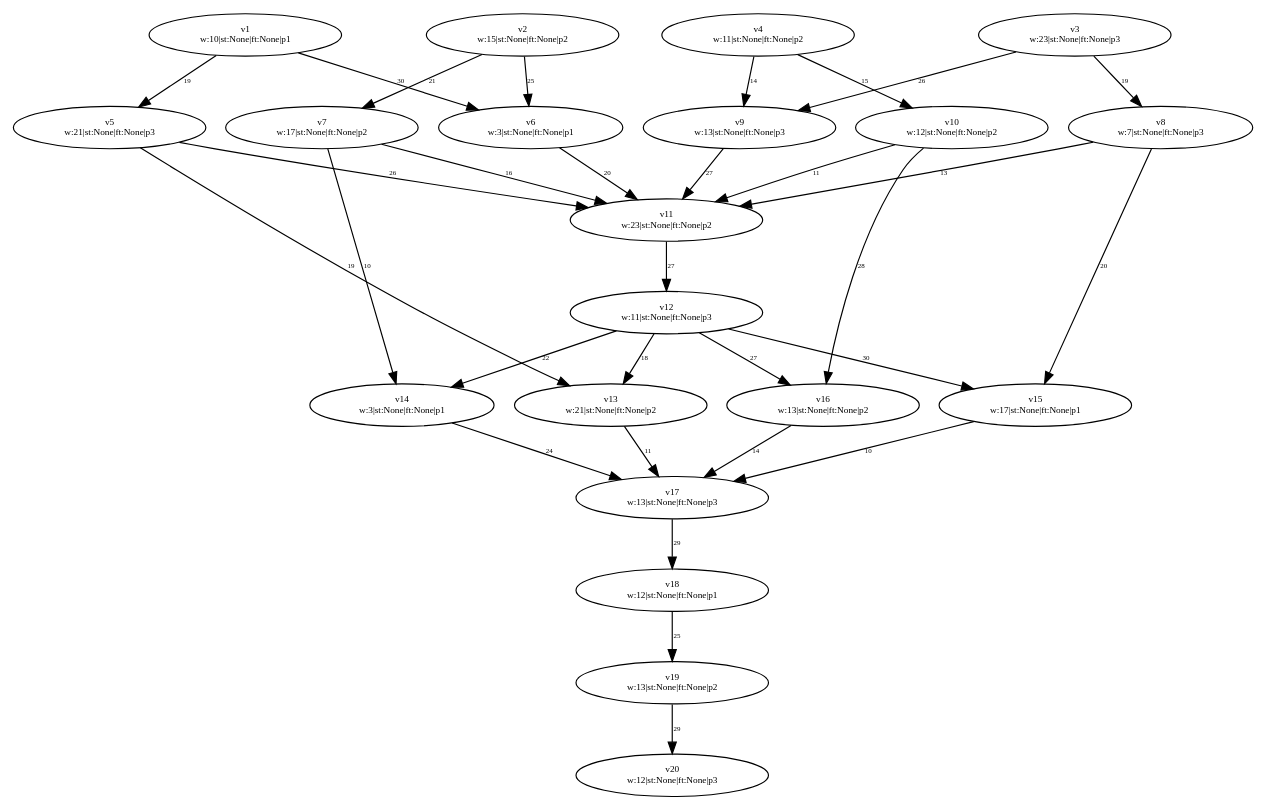
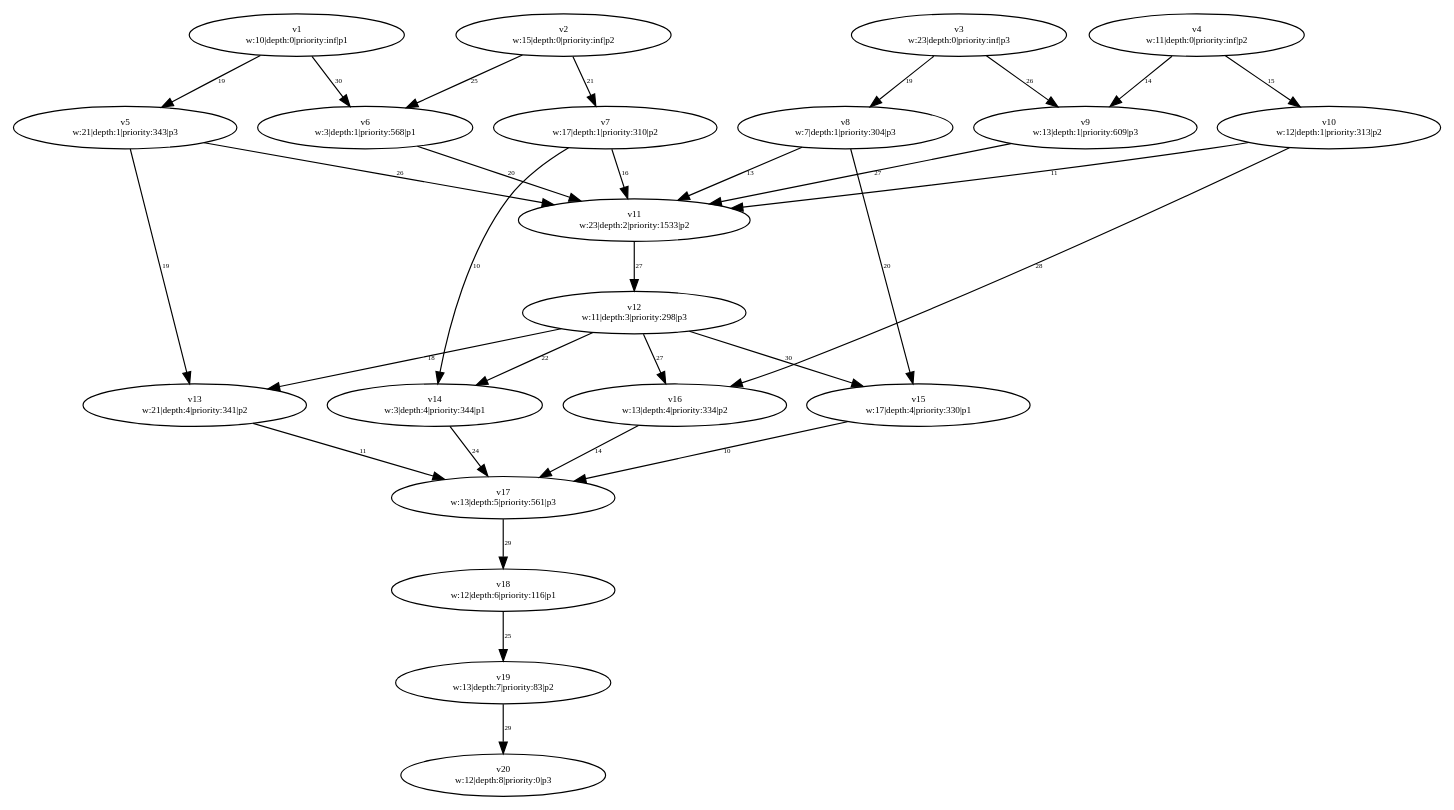
One commit to dexters1/Task-Scheduling-Based-on-Genetic-Algorithms changed the diagram in PythonApplication1/PythonApplication1/test-output/slika_9.gv. Above: the diagram before and after it, drawn with Graphviz. The commit also changed 42 other files, not shown here.

Commit message:
Ostaje unitTestiranje za citav Graph i Processor module

```diff
--- a/PythonApplication1/PythonApplication1/test-output/slika_9.gv
+++ b/PythonApplication1/PythonApplication1/test-output/slika_9.gv
@@ -1,72 +1,72 @@
 digraph {
 	v1 [label="v1
-w:10|st:None|ft:None|p1" fontsize=8.0]
+w:10|depth:0|priority:inf|p1" fontsize=8.0]
 	v2 [label="v2
-w:15|st:None|ft:None|p2" fontsize=8.0]
+w:15|depth:0|priority:inf|p2" fontsize=8.0]
 	v3 [label="v3
-w:23|st:None|ft:None|p3" fontsize=8.0]
+w:23|depth:0|priority:inf|p3" fontsize=8.0]
 	v4 [label="v4
-w:11|st:None|ft:None|p2" fontsize=8.0]
+w:11|depth:0|priority:inf|p2" fontsize=8.0]
+	v9 [label="v9
+w:13|depth:1|priority:609|p3" fontsize=8.0]
+	v6 [label="v6
+w:3|depth:1|priority:568|p1" fontsize=8.0]
 	v5 [label="v5
-w:21|st:None|ft:None|p3" fontsize=8.0]
-	v6 [label="v6
-w:3|st:None|ft:None|p1" fontsize=8.0]
+w:21|depth:1|priority:343|p3" fontsize=8.0]
+	v10 [label="v10
+w:12|depth:1|priority:313|p2" fontsize=8.0]
 	v7 [label="v7
-w:17|st:None|ft:None|p2" fontsize=8.0]
+w:17|depth:1|priority:310|p2" fontsize=8.0]
 	v8 [label="v8
-w:7|st:None|ft:None|p3" fontsize=8.0]
-	v9 [label="v9
-w:13|st:None|ft:None|p3" fontsize=8.0]
-	v10 [label="v10
-w:12|st:None|ft:None|p2" fontsize=8.0]
+w:7|depth:1|priority:304|p3" fontsize=8.0]
 	v11 [label="v11
-w:23|st:None|ft:None|p2" fontsize=8.0]
+w:23|depth:2|priority:1533|p2" fontsize=8.0]
 	v12 [label="v12
-w:11|st:None|ft:None|p3" fontsize=8.0]
+w:11|depth:3|priority:298|p3" fontsize=8.0]
+	v14 [label="v14
+w:3|depth:4|priority:344|p1" fontsize=8.0]
 	v13 [label="v13
-w:21|st:None|ft:None|p2" fontsize=8.0]
-	v14 [label="v14
-w:3|st:None|ft:None|p1" fontsize=8.0]
+w:21|depth:4|priority:341|p2" fontsize=8.0]
+	v16 [label="v16
+w:13|depth:4|priority:334|p2" fontsize=8.0]
 	v15 [label="v15
-w:17|st:None|ft:None|p1" fontsize=8.0]
-	v16 [label="v16
-w:13|st:None|ft:None|p2" fontsize=8.0]
+w:17|depth:4|priority:330|p1" fontsize=8.0]
 	v17 [label="v17
-w:13|st:None|ft:None|p3" fontsize=8.0]
+w:13|depth:5|priority:561|p3" fontsize=8.0]
 	v18 [label="v18
-w:12|st:None|ft:None|p1" fontsize=8.0]
+w:12|depth:6|priority:116|p1" fontsize=8.0]
 	v19 [label="v19
-w:13|st:None|ft:None|p2" fontsize=8.0]
+w:13|depth:7|priority:83|p2" fontsize=8.0]
 	v20 [label="v20
-w:12|st:None|ft:None|p3" fontsize=8.0]
+w:12|depth:8|priority:0|p3" fontsize=8.0]
 	v1 -> v5 [label=19 constraint=true fontsize=6.0]
 	v1 -> v6 [label=30 constraint=true fontsize=6.0]
 	v2 -> v6 [label=25 constraint=true fontsize=6.0]
 	v2 -> v7 [label=21 constraint=true fontsize=6.0]
 	v3 -> v8 [label=19 constraint=true fontsize=6.0]
 	v3 -> v9 [label=26 constraint=true fontsize=6.0]
 	v4 -> v9 [label=14 constraint=true fontsize=6.0]
 	v4 -> v10 [label=15 constraint=true fontsize=6.0]
 	v5 -> v13 [label=19 constraint=true fontsize=6.0]
 	v5 -> v11 [label=26 constraint=true fontsize=6.0]
 	v6 -> v11 [label=20 constraint=true fontsize=6.0]
 	v7 -> v14 [label=10 constraint=true fontsize=6.0]
 	v7 -> v11 [label=16 constraint=true fontsize=6.0]
 	v8 -> v11 [label=13 constraint=true fontsize=6.0]
 	v8 -> v15 [label=20 constraint=true fontsize=6.0]
 	v9 -> v11 [label=27 constraint=true fontsize=6.0]
 	v10 -> v11 [label=11 constraint=true fontsize=6.0]
 	v10 -> v16 [label=28 constraint=true fontsize=6.0]
 	v11 -> v12 [label=27 constraint=true fontsize=6.0]
 	v12 -> v13 [label=18 constraint=true fontsize=6.0]
 	v12 -> v14 [label=22 constraint=true fontsize=6.0]
 	v12 -> v15 [label=30 constraint=true fontsize=6.0]
 	v12 -> v16 [label=27 constraint=true fontsize=6.0]
 	v13 -> v17 [label=11 constraint=true fontsize=6.0]
 	v14 -> v17 [label=24 constraint=true fontsize=6.0]
 	v15 -> v17 [label=10 constraint=true fontsize=6.0]
 	v16 -> v17 [label=14 constraint=true fontsize=6.0]
 	v17 -> v18 [label=29 constraint=true fontsize=6.0]
 	v18 -> v19 [label=25 constraint=true fontsize=6.0]
 	v19 -> v20 [label=29 constraint=true fontsize=6.0]
 }
```
